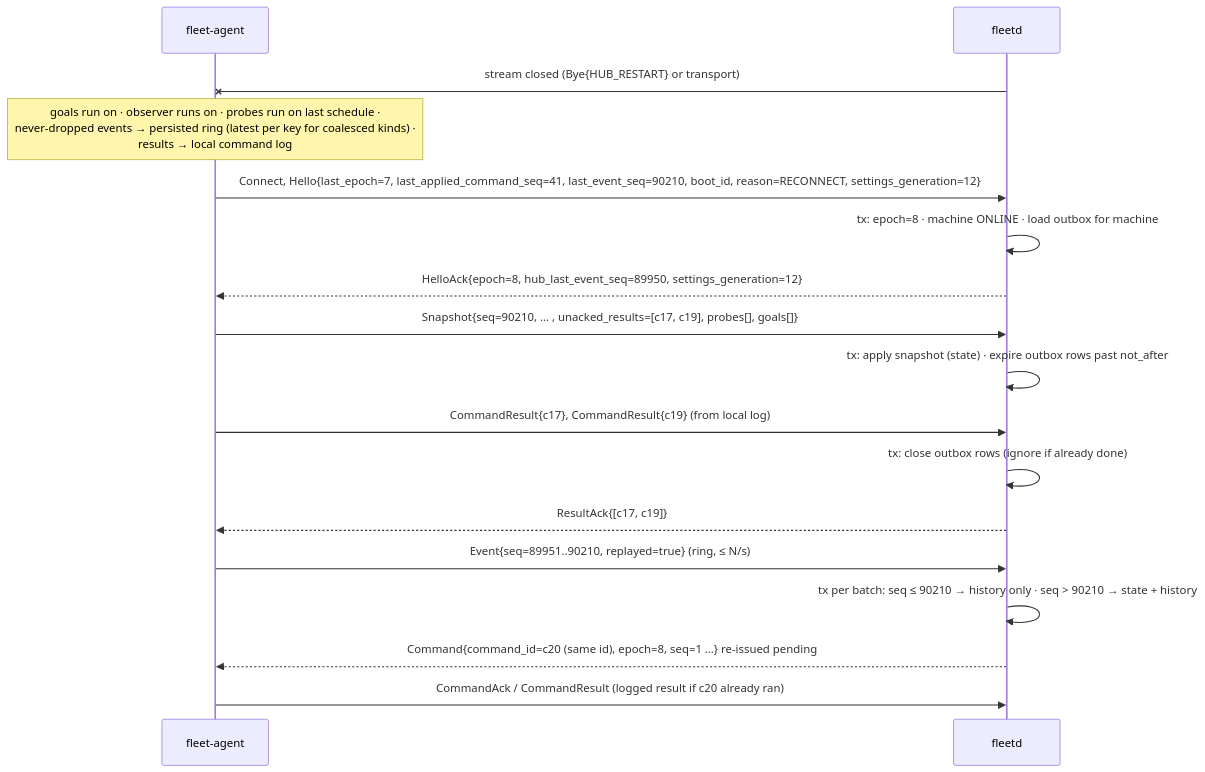
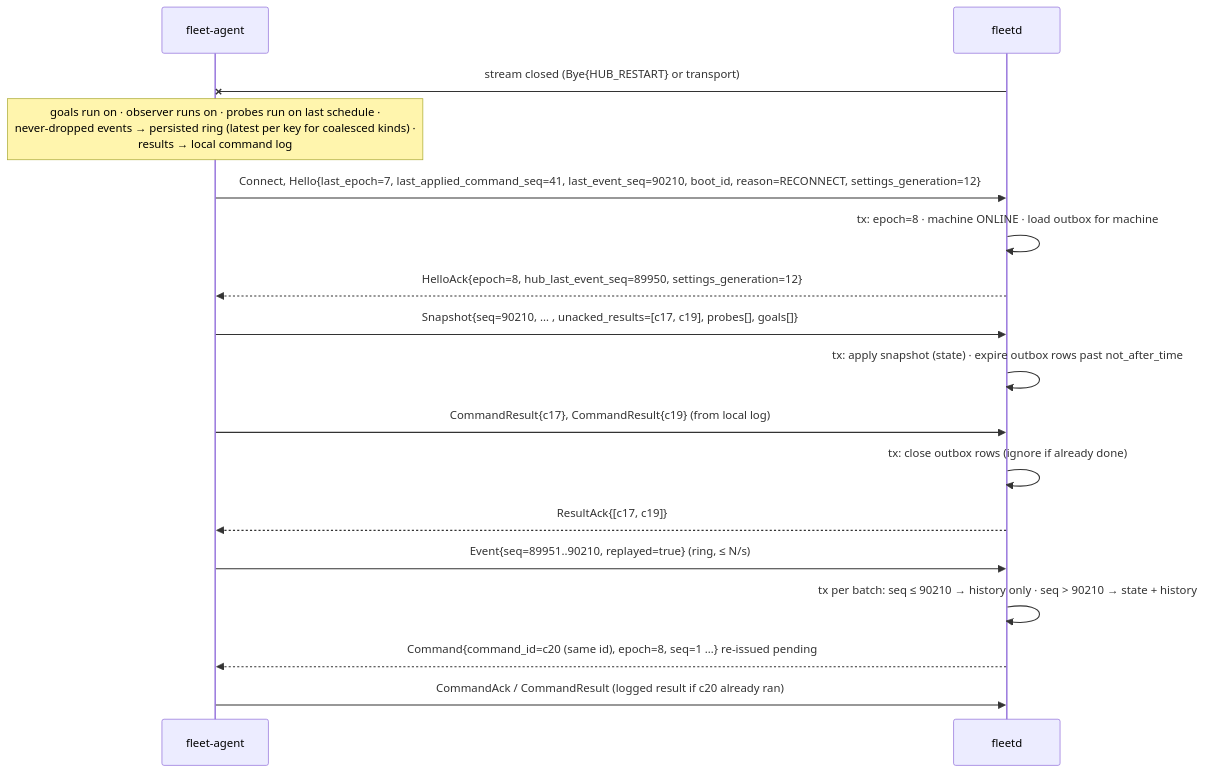
The third of 4 diagrams in docs/specs/03-workflows.md (linuxdynasty/fleet-board), drawn with Mermaid before and after one commit. The commit also changed other lines of this file and 52 other files, not shown here.

````diff
--- a/docs/specs/03-workflows.md
+++ b/docs/specs/03-workflows.md
@@ -228,19 +228,19 @@
 ```mermaid
 sequenceDiagram
   participant A as fleet-agent
   participant H as fleetd
   H-xA: stream closed (Bye{HUB_RESTART} or transport)
   Note over A: goals run on · observer runs on · probes run on last schedule ·<br/>never-dropped events → persisted ring (latest per key for coalesced kinds) ·<br/>results → local command log
   A->>H: Connect, Hello{last_epoch=7, last_applied_command_seq=41, last_event_seq=90210, boot_id, reason=RECONNECT, settings_generation=12}
   H->>H: tx: epoch=8 · machine ONLINE · load outbox for machine
   H-->>A: HelloAck{epoch=8, hub_last_event_seq=89950, settings_generation=12}
   A->>H: Snapshot{seq=90210, … , unacked_results=[c17, c19], probes[], goals[]}
-  H->>H: tx: apply snapshot (state) · expire outbox rows past not_after
+  H->>H: tx: apply snapshot (state) · expire outbox rows past not_after_time
   A->>H: CommandResult{c17}, CommandResult{c19} (from local log)
   H->>H: tx: close outbox rows (ignore if already done)
   H-->>A: ResultAck{[c17, c19]}
   A->>H: Event{seq=89951..90210, replayed=true} (ring, ≤ N/s)
   H->>H: tx per batch: seq ≤ 90210 → history only · seq > 90210 → state + history
   H-->>A: Command{command_id=c20 (same id), epoch=8, seq=1 …} re-issued pending
   A->>H: CommandAck / CommandResult (logged result if c20 already ran)
 ```
````
